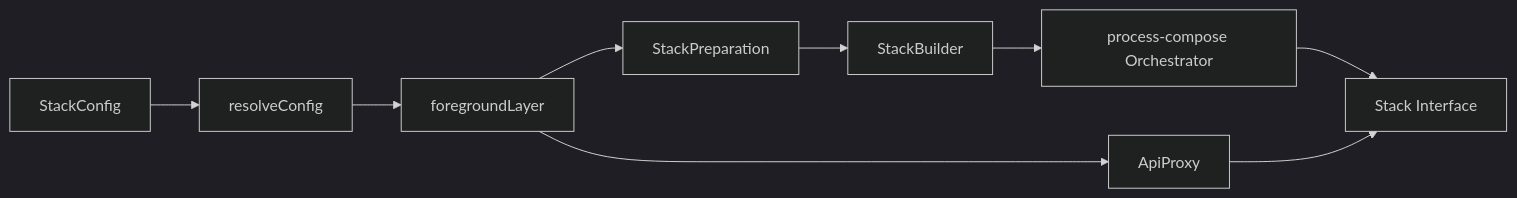
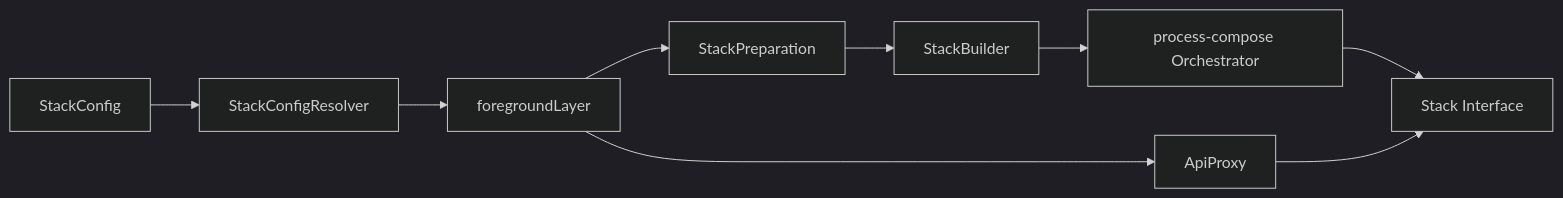
One commit to supabase/cli changed the diagram in packages/stack/docs/architecture.md. Above: the diagram before and after it, drawn with Mermaid (dark theme). The commit also changed other lines of this file and 39 other files, not shown here.

````diff
--- a/packages/stack/docs/architecture.md
+++ b/packages/stack/docs/architecture.md
@@ -21,11 +21,11 @@
 ```mermaid
 flowchart LR
-    Input["StackConfig"] --> Resolve["resolveConfig"]
+    Input["StackConfig"] --> Resolve["StackConfigResolver"]
     Resolve --> Layer["foregroundLayer"]
     Layer --> Prepare["StackPreparation"]
     Prepare --> Builder["StackBuilder"]
     Builder --> Orch["process-compose Orchestrator"]
     Layer --> Proxy["ApiProxy"]
     Orch --> Stack["Stack Interface"]
     Proxy --> Stack
 ```
````
